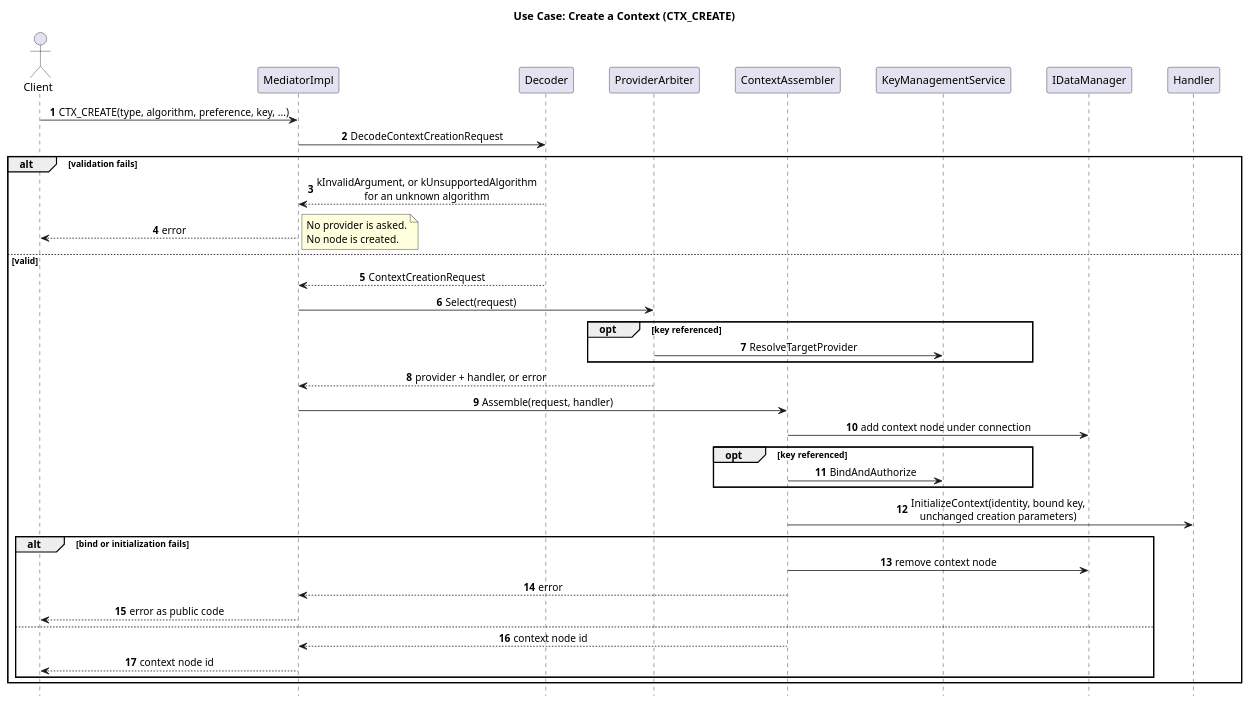
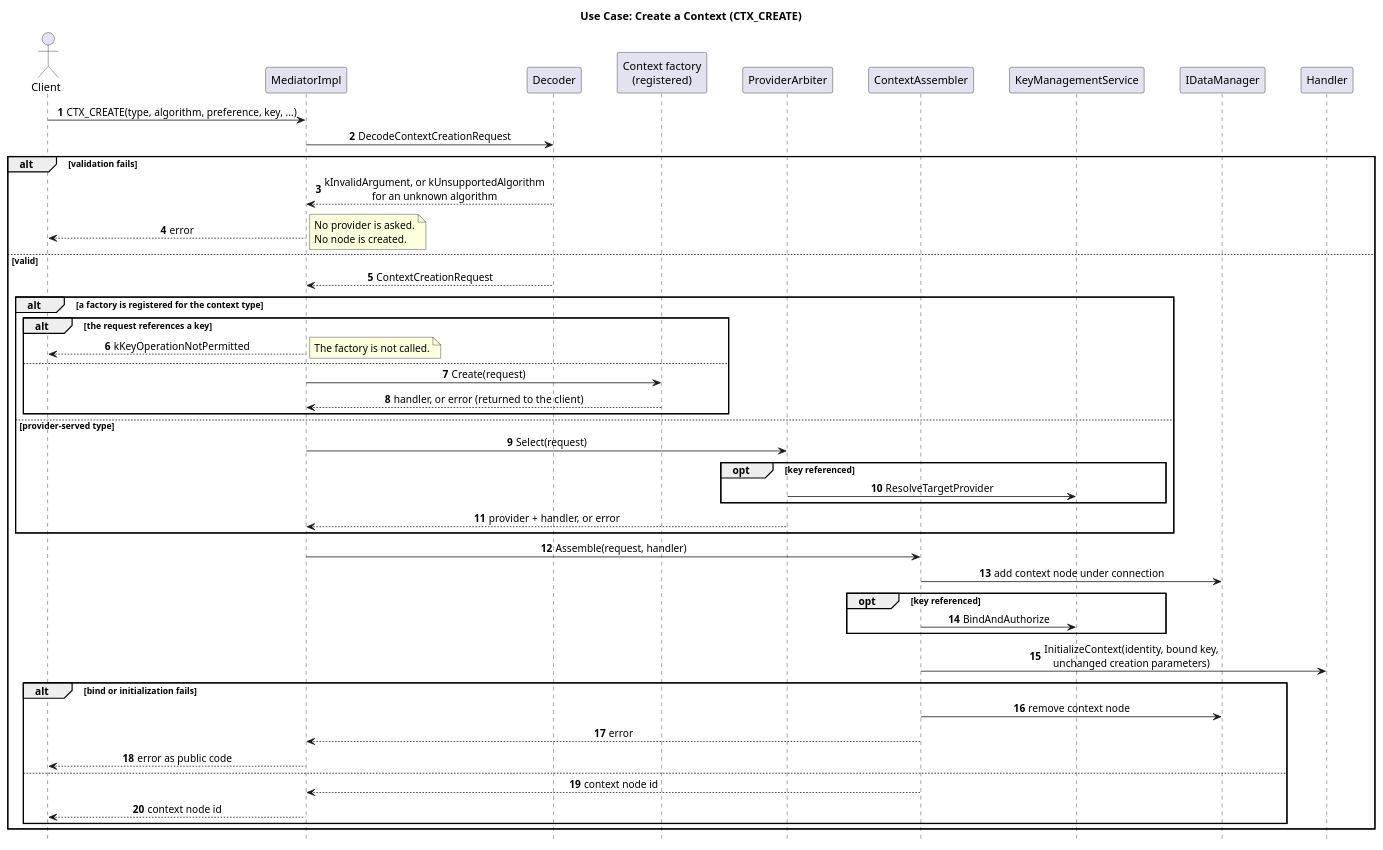
One commit to eclipse-score/inc_security_crypto changed the diagram in score/crypto/src/daemon/mediator/docs/detailed_design/uc_context_creation.puml. Above: the diagram before and after it, drawn with PlantUML. The commit also changed 40 other files, not shown here.

Commit message:
Integrate mediator registry and factory

```diff
--- a/score/crypto/src/daemon/mediator/docs/detailed_design/uc_context_creation.puml
+++ b/score/crypto/src/daemon/mediator/docs/detailed_design/uc_context_creation.puml
@@ -14,47 +14,58 @@
 @startuml uc_context_creation
 title Use Case: Create a Context (CTX_CREATE)
 autonumber
 hide footbox
 skinparam shadowing false
 skinparam defaultFontName Arial
 skinparam ParticipantPadding 18
 skinparam sequenceMessageAlign center
 
 actor Client
 participant "MediatorImpl" as Mediator
 participant "Decoder" as Decoder
+participant "Context factory\n(registered)" as Factory
 participant "ProviderArbiter" as Arbiter
 participant "ContextAssembler" as Assembler
 participant "KeyManagementService" as KeyMgmt
 participant "IDataManager" as DataMgr
 participant "Handler" as Handler
 
 Client -> Mediator : CTX_CREATE(type, algorithm, preference, key, ...)
 Mediator -> Decoder : DecodeContextCreationRequest
 alt validation fails
   Decoder --> Mediator : kInvalidArgument, or kUnsupportedAlgorithm\nfor an unknown algorithm
   Mediator --> Client : error
   note right: No provider is asked.\nNo node is created.
 else valid
   Decoder --> Mediator : ContextCreationRequest
-  Mediator -> Arbiter : Select(request)
-  opt key referenced
-    Arbiter -> KeyMgmt : ResolveTargetProvider
+  alt a factory is registered for the context type
+    alt the request references a key
+      Mediator --> Client : kKeyOperationNotPermitted
+      note right: The factory is not called.
+    else
+      Mediator -> Factory : Create(request)
+      Factory --> Mediator : handler, or error (returned to the client)
+    end
+  else provider-served type
+    Mediator -> Arbiter : Select(request)
+    opt key referenced
+      Arbiter -> KeyMgmt : ResolveTargetProvider
+    end
+    Arbiter --> Mediator : provider + handler, or error
   end
-  Arbiter --> Mediator : provider + handler, or error
   Mediator -> Assembler : Assemble(request, handler)
   Assembler -> DataMgr : add context node under connection
   opt key referenced
     Assembler -> KeyMgmt : BindAndAuthorize
   end
   Assembler -> Handler : InitializeContext(identity, bound key,\nunchanged creation parameters)
   alt bind or initialization fails
     Assembler -> DataMgr : remove context node
     Assembler --> Mediator : error
     Mediator --> Client : error as public code
   else
     Assembler --> Mediator : context node id
     Mediator --> Client : context node id
   end
 end
 @enduml
```
